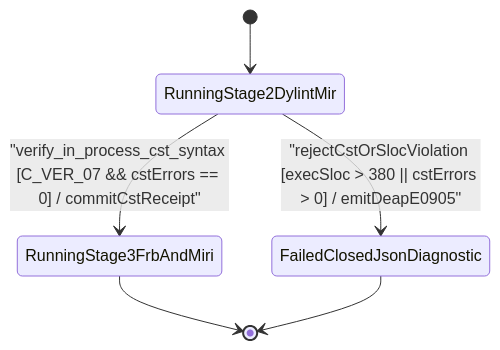
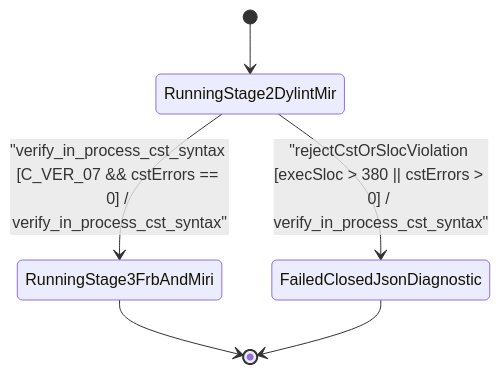
Before and after one commit to gintatkinson/DEAP01-spec-core: the second of 2 diagrams in .pipeline/upstream/docs/user-stories/US-62-verify_in_process_cst_syntax.md, drawn with Mermaid. The commit also changed other lines of this file and 88 other files, not shown here.

````diff
--- a/.pipeline/upstream/docs/user-stories/US-62-verify_in_process_cst_syntax.md
+++ b/.pipeline/upstream/docs/user-stories/US-62-verify_in_process_cst_syntax.md
@@ -60,8 +55,8 @@
 ```mermaid
 stateDiagram-v2
     [*] --> RunningStage2DylintMir
-    RunningStage2DylintMir --> RunningStage3FrbAndMiri : "verify_in_process_cst_syntax [C_VER_07 && cstErrors == 0] / commitCstReceipt"
-    RunningStage2DylintMir --> FailedClosedJsonDiagnostic : "rejectCstOrSlocViolation [execSloc > 380 || cstErrors > 0] / emitDeapE0905"
+    RunningStage2DylintMir --> RunningStage3FrbAndMiri : "verify_in_process_cst_syntax [C_VER_07 && cstErrors == 0] / verify_in_process_cst_syntax"
+    RunningStage2DylintMir --> FailedClosedJsonDiagnostic : "rejectCstOrSlocViolation [execSloc > 380 || cstErrors > 0] / verify_in_process_cst_syntax"
     RunningStage3FrbAndMiri --> [*]
     FailedClosedJsonDiagnostic --> [*]
 ```
````
